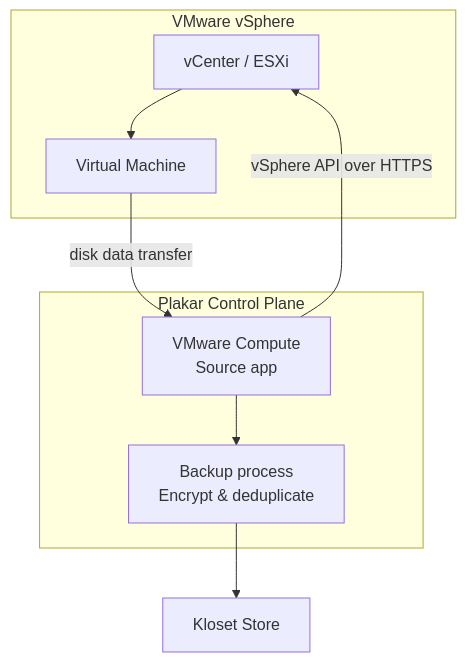
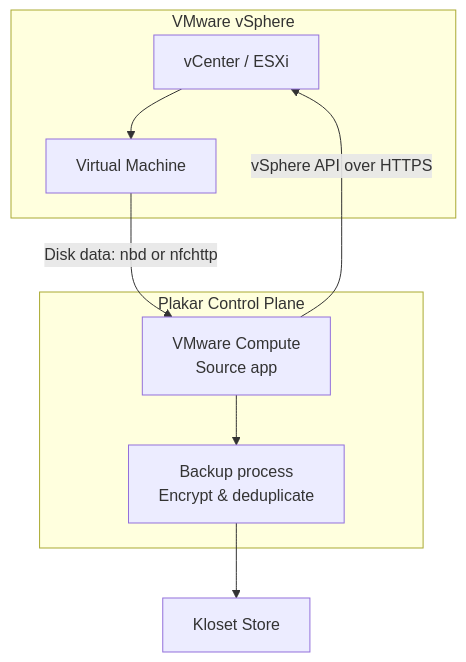
Before and after one commit to vcoisne/plakar.io: the first of 2 diagrams in docs/control-plane/resources/compute/vmware/index.md, drawn with Mermaid. The commit also changed other lines of this file and 5322 other files, not shown here.

```diff
--- a/docs/control-plane/resources/compute/vmware/index.md
+++ b/docs/control-plane/resources/compute/vmware/index.md
@@ -20,20 +20,20 @@
 {{< mermaid >}}
 flowchart TD
   subgraph VMware["VMware vSphere"]
     VCenter["vCenter / ESXi"]
     VM["Virtual Machine"]
   end
 
   subgraph Plakar["Plakar Control Plane"]
     Source["VMware Compute<br/>Source app"]
     Backup["Backup process<br/>Encrypt & deduplicate"]
   end
 
   Store["Kloset Store"]
 
   Source -->|"vSphere API over HTTPS"| VCenter
   VCenter --> VM
-  VM -->|"disk data transfer"| Source
+  VM -->|"Disk data: nbd or nfchttp"| Source
   Source --> Backup
   Backup --> Store
 {{< /mermaid >}}
```
